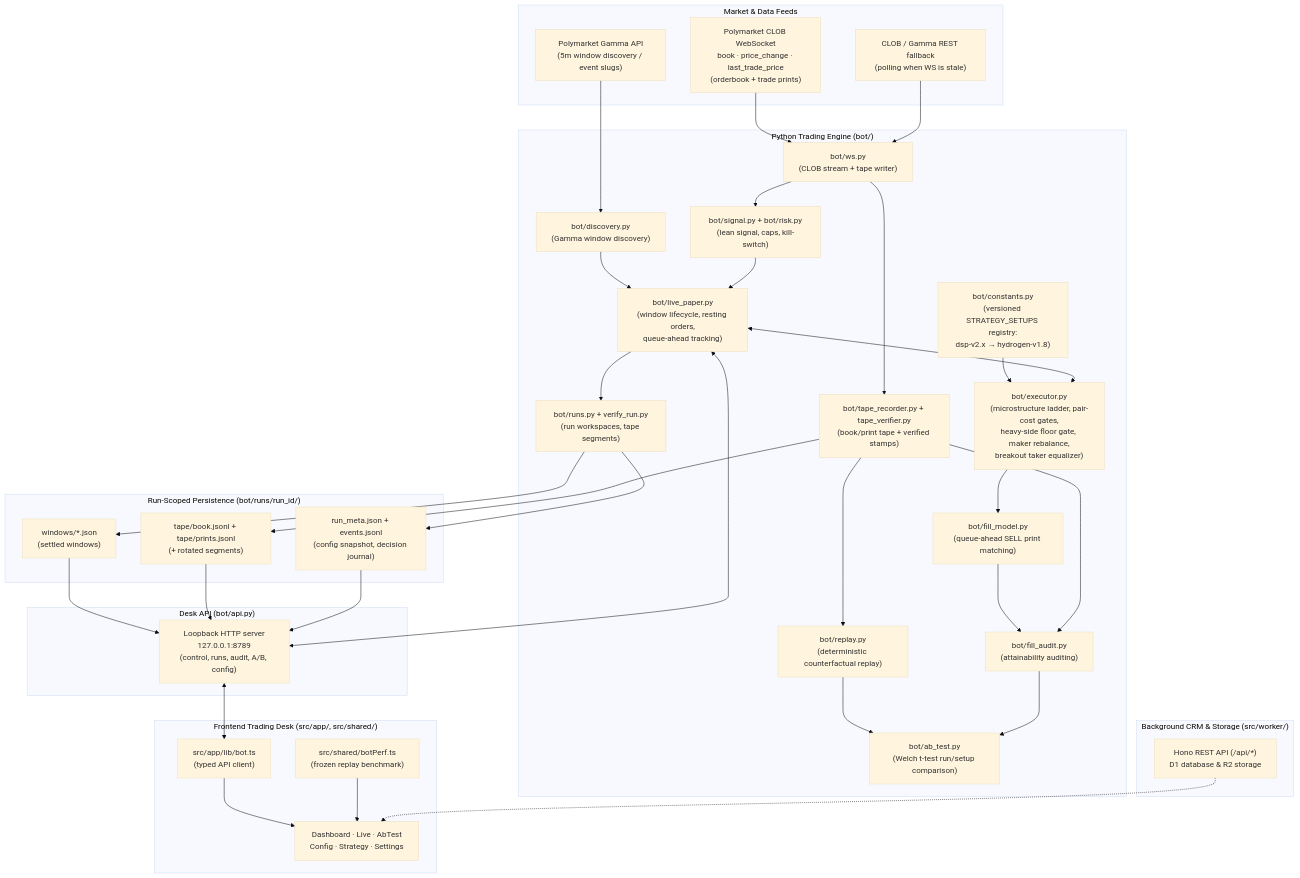
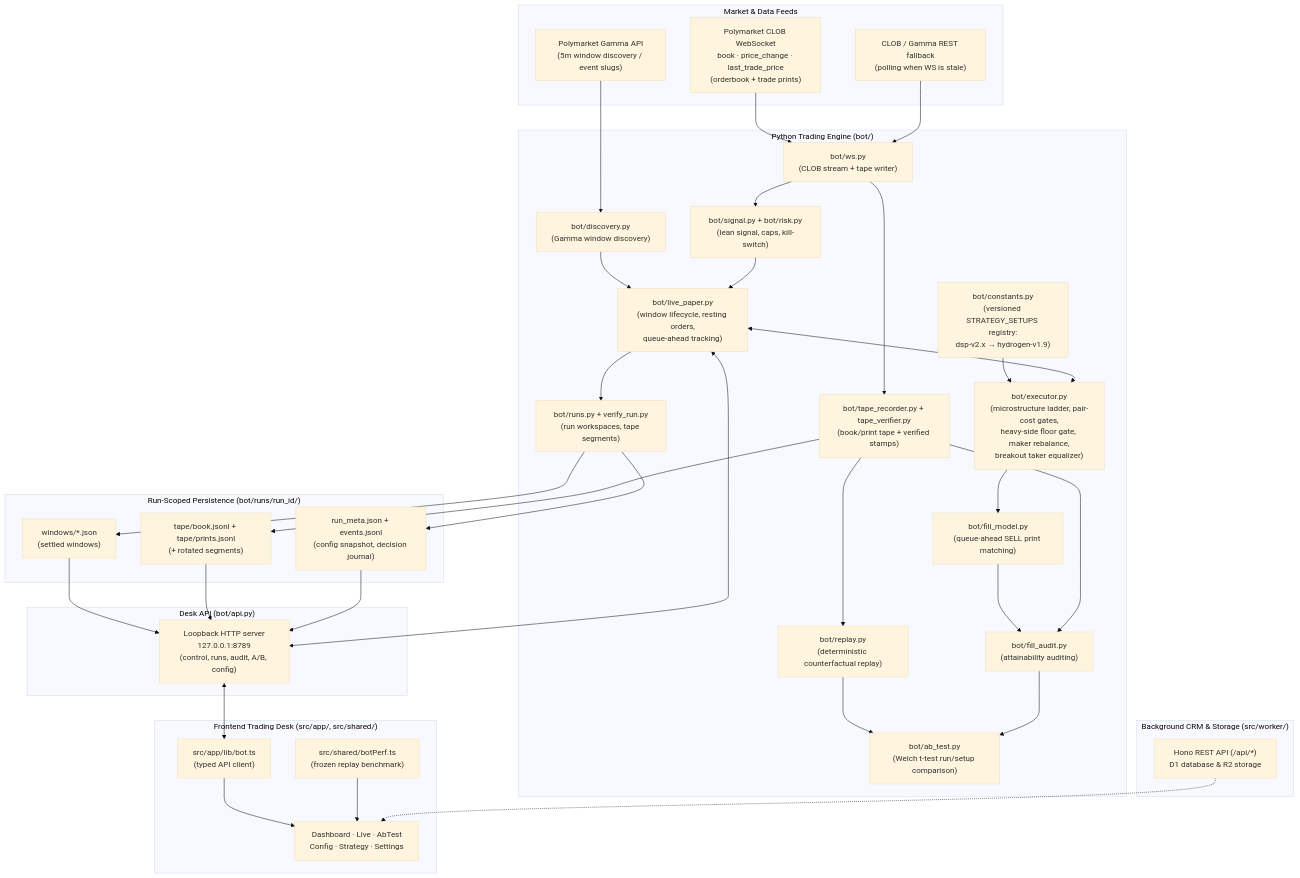
One commit to AI-Degen-69/dangerously-skip-permissions-Bot changed the diagram in docs/architecture.md. Above: the diagram before and after it, drawn with Mermaid (base theme). The commit also changed other lines of this file and 16 other files, not shown here.

First line of the commit message:
[ADD] Make Hydrogen v1.9 the default A/B candidate with four strategy setups (#63)

````diff
--- a/docs/architecture.md
+++ b/docs/architecture.md
@@ -16,71 +16,71 @@
 ```mermaid
 flowchart TD
     subgraph MarketData ["Market & Data Feeds"]
         Gamma["Polymarket Gamma API<br/>(5m window discovery / event slugs)"]
         CLOB["Polymarket CLOB WebSocket<br/>book · price_change · last_trade_price<br/>(orderbook + trade prints)"]
         REST["CLOB / Gamma REST fallback<br/>(polling when WS is stale)"]
     end
 
     subgraph BotEngine ["Python Trading Engine (bot/)"]
         Discovery["bot/discovery.py<br/>(Gamma window discovery)"]
         LivePaper["bot/live_paper.py<br/>(window lifecycle, resting orders,<br/>queue-ahead tracking)"]
         Executor["bot/executor.py<br/>(microstructure ladder, pair-cost gates,<br/>heavy-side floor gate, maker rebalance,<br/>breakout taker equalizer)"]
-        Constants["bot/constants.py<br/>(versioned STRATEGY_SETUPS registry:<br/>dsp-v2.x → hydrogen-v1.8)"]
+        Constants["bot/constants.py<br/>(versioned STRATEGY_SETUPS registry:<br/>dsp-v2.x → hydrogen-v1.9)"]
         Signal["bot/signal.py + bot/risk.py<br/>(lean signal, caps, kill-switch)"]
         WS["bot/ws.py<br/>(CLOB stream + tape writer)"]
         FillModel["bot/fill_model.py<br/>(queue-ahead SELL print matching)"]
         FillAudit["bot/fill_audit.py<br/>(attainability auditing)"]
         Tape["bot/tape_recorder.py + tape_verifier.py<br/>(book/print tape + verified stamps)"]
         Replay["bot/replay.py<br/>(deterministic counterfactual replay)"]
         AB["bot/ab_test.py<br/>(Welch t-test run/setup comparison)"]
         Runs["bot/runs.py + verify_run.py<br/>(run workspaces, tape segments)"]
     end
 
     subgraph Persistence ["Run-Scoped Persistence (bot/runs/run_id/)"]
         Windows["windows/*.json<br/>(settled windows)"]
         TapeJsonl["tape/book.jsonl + tape/prints.jsonl<br/>(+ rotated segments)"]
         Meta["run_meta.json + events.jsonl<br/>(config snapshot, decision journal)"]
     end
 
     subgraph DeskAPI ["Desk API (bot/api.py)"]
         PyAPI["Loopback HTTP server<br/>127.0.0.1:8789<br/>(control, runs, audit, A/B, config)"]
     end
 
     subgraph FrontendDesk ["Frontend Trading Desk (src/app/, src/shared/)"]
         Pages["Dashboard · Live · AbTest<br/>Config · Strategy · Settings"]
         BotClient["src/app/lib/bot.ts<br/>(typed API client)"]
         BotPerf["src/shared/botPerf.ts<br/>(frozen replay benchmark)"]
     end
 
     subgraph Worker ["Background CRM & Storage (src/worker/)"]
         HonoAPI["Hono REST API (/api/*)<br/>D1 database & R2 storage"]
     end
 
     %% Data flow
     Gamma --> Discovery --> LivePaper
     CLOB --> WS --> Signal --> LivePaper
     REST --> WS
     Constants --> Executor
     LivePaper <--> Executor
     Executor --> FillModel
     WS --> Tape
     FillModel --> FillAudit
     Tape --> FillAudit
     Tape --> Replay
     Replay --> AB
     FillAudit --> AB
     LivePaper --> Runs
     Runs --> Windows
     Tape --> TapeJsonl
     Runs --> Meta
 
     %% API + frontend
     Windows --> PyAPI
     TapeJsonl --> PyAPI
     Meta --> PyAPI
     PyAPI <--> LivePaper
     PyAPI <--> BotClient
     BotClient --> Pages
     BotPerf --> Pages
     HonoAPI -.-> Pages
 ```
````
